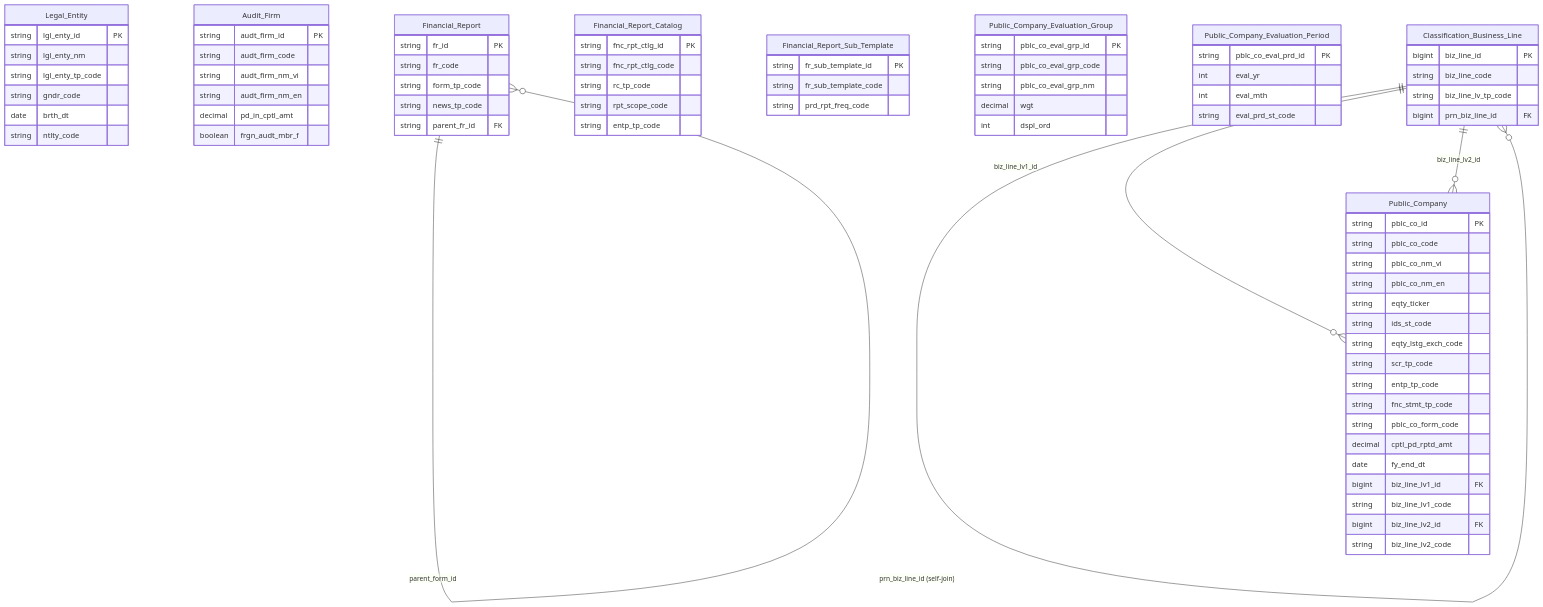
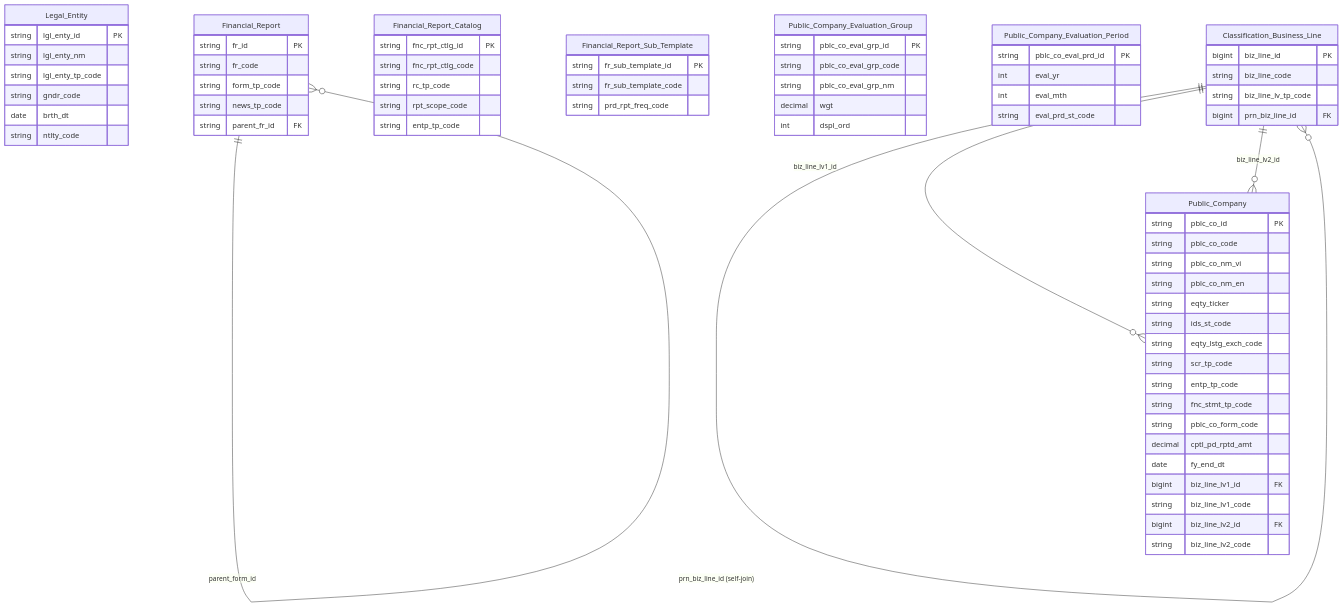
The second of 2 diagrams in DataModel/working/Atomic/hld/IDS_HLD_Tier1.md (linhlvit/ubck_atomic_design), drawn with Mermaid before and after one commit. The commit also changed other lines of this file and 402 other files, not shown here.

Commit message:
feature_atm/update schema UAT

```diff
--- a/DataModel/working/Atomic/hld/IDS_HLD_Tier1.md
+++ b/DataModel/working/Atomic/hld/IDS_HLD_Tier1.md
@@ -154,14 +143,6 @@
         string ntlty_code
     }
 
-    Audit_Firm {
-        string audt_firm_id PK
-        string audt_firm_code
-        string audt_firm_nm_vi
-        string audt_firm_nm_en
-        decimal pd_in_cptl_amt
-        boolean frgn_audt_mbr_f
-    }
 
     Financial_Report {
         string fr_id PK
```
